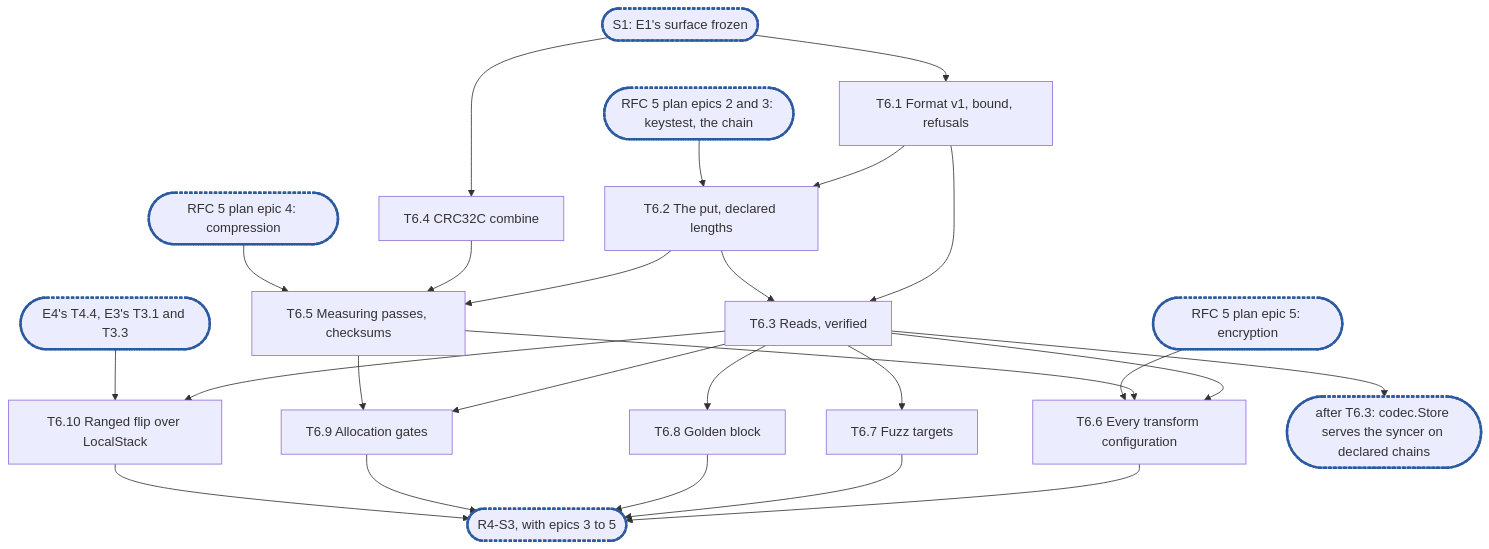
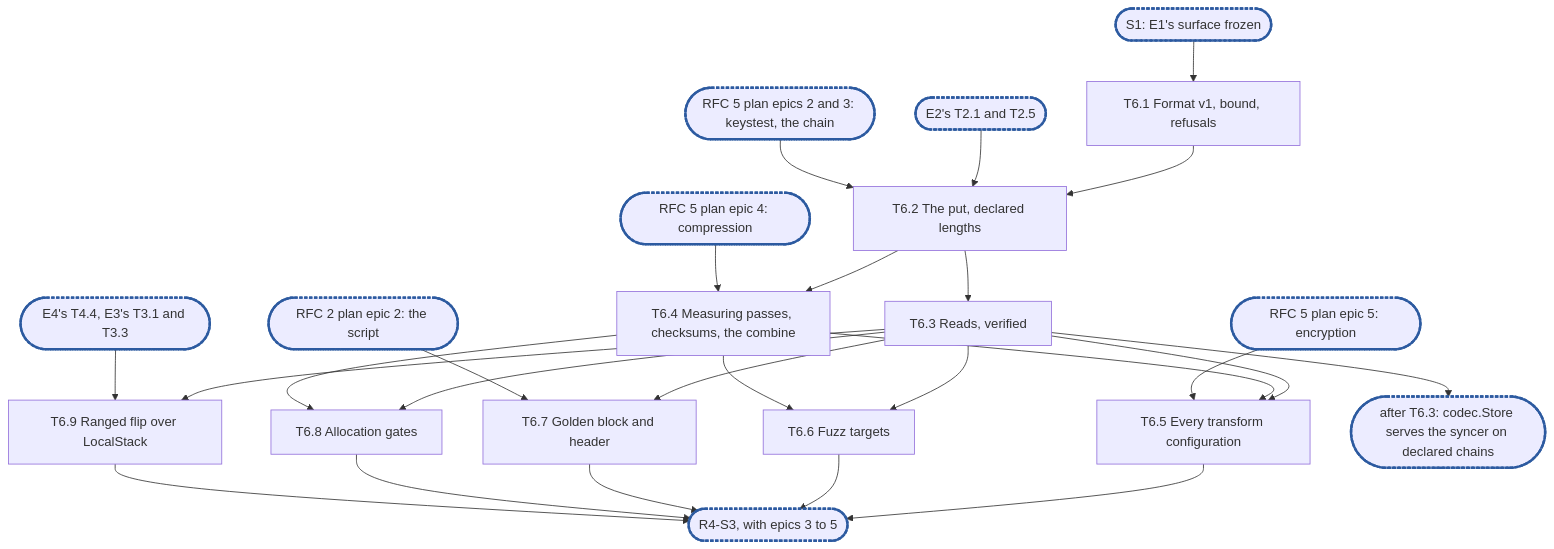
Before and after one commit to cubbit/dittofs: the diagram in .planning/rfc-4-remote-tier-epic6.md, drawn with Mermaid. The commit also changed other lines of this file, not shown here.

Commit message:
docs(planning): fold the review passes into RFC 4 epic 6

````diff
--- a/.planning/rfc-4-remote-tier-epic6.md
+++ b/.planning/rfc-4-remote-tier-epic6.md
@@ -629,20 +652,21 @@
 ```mermaid
 flowchart TD
   S1(["S1: E1's surface frozen"]):::sync --> T6_1["T6.1 Format v1, bound, refusals"]
-  S1 --> T6_4["T6.4 CRC32C combine"]
   T6_1 --> T6_2["T6.2 The put, declared lengths"]
+  E2(["E2's T2.1 and T2.5"]):::sync --> T6_2
   R5E3(["RFC 5 plan epics 2 and 3: keystest, the chain"]):::sync --> T6_2
-  T6_1 & T6_2 --> T6_3["T6.3 Reads, verified"]
-  T6_2 & T6_4 --> T6_5["T6.5 Measuring passes, checksums"]
-  R5E4(["RFC 5 plan epic 4: compression"]):::sync --> T6_5
-  T6_3 & T6_5 --> T6_6["T6.6 Every transform configuration"]
-  R5E5(["RFC 5 plan epic 5: encryption"]):::sync --> T6_6
-  T6_3 --> T6_7["T6.7 Fuzz targets"]
-  T6_3 --> T6_8["T6.8 Golden block"]
-  T6_3 & T6_5 --> T6_9["T6.9 Allocation gates"]
-  T6_3 --> T6_10["T6.10 Ranged flip over LocalStack"]
-  E4(["E4's T4.4, E3's T3.1 and T3.3"]):::sync --> T6_10
+  T6_2 --> T6_3["T6.3 Reads, verified"]
+  T6_2 --> T6_4["T6.4 Measuring passes, checksums, the combine"]
+  R5E4(["RFC 5 plan epic 4: compression"]):::sync --> T6_4
+  T6_3 & T6_4 --> T6_5["T6.5 Every transform configuration"]
+  R5E5(["RFC 5 plan epic 5: encryption"]):::sync --> T6_5
+  T6_3 & T6_4 --> T6_6["T6.6 Fuzz targets"]
+  T6_3 --> T6_7["T6.7 Golden block and header"]
+  R2E2(["RFC 2 plan epic 2: the script"]):::sync --> T6_7
+  T6_3 & T6_4 --> T6_8["T6.8 Allocation gates"]
+  T6_3 --> T6_9["T6.9 Ranged flip over LocalStack"]
+  E4(["E4's T4.4, E3's T3.1 and T3.3"]):::sync --> T6_9
   T6_3 --> C1(["after T6.3: codec.Store serves the syncer on declared chains"]):::sync
-  T6_6 & T6_7 & T6_8 & T6_9 & T6_10 --> RS3(["R4-S3, with epics 3 to 5"]):::sync
+  T6_5 & T6_6 & T6_7 & T6_8 & T6_9 --> RS3(["R4-S3, with epics 3 to 5"]):::sync
   classDef sync stroke:#2c5aa0,stroke-width:3px,stroke-dasharray:4 2
 ```
````
